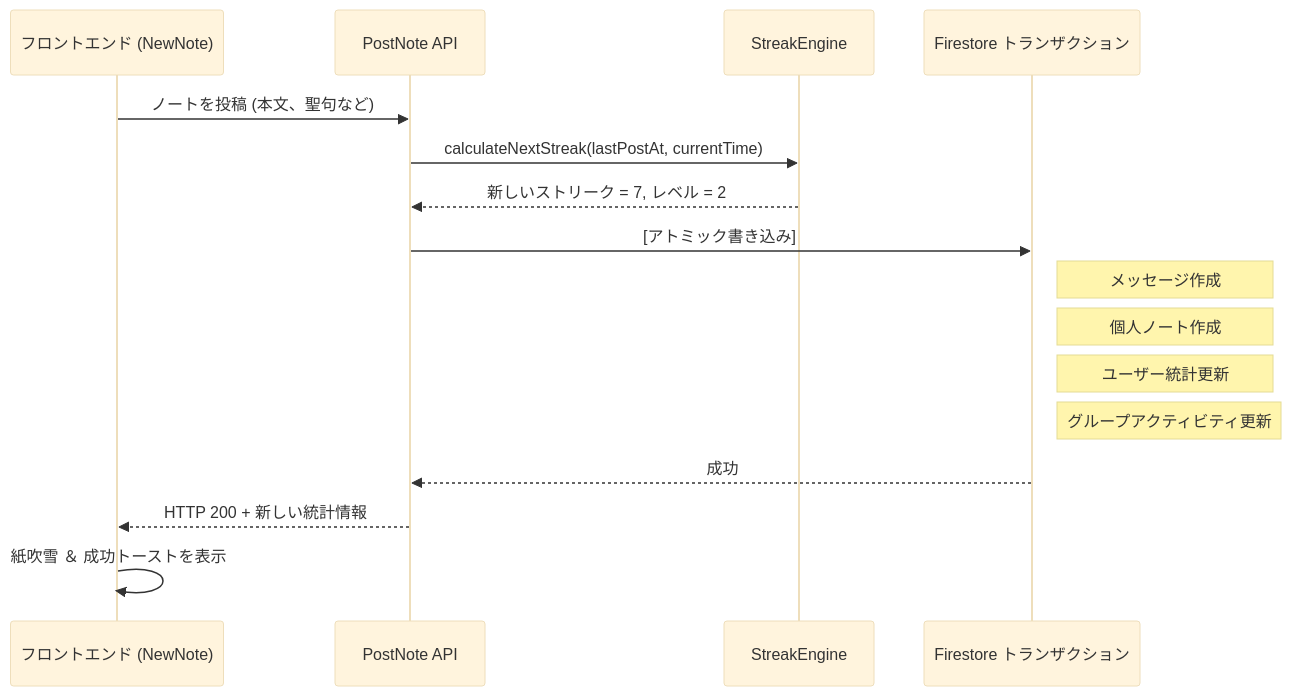
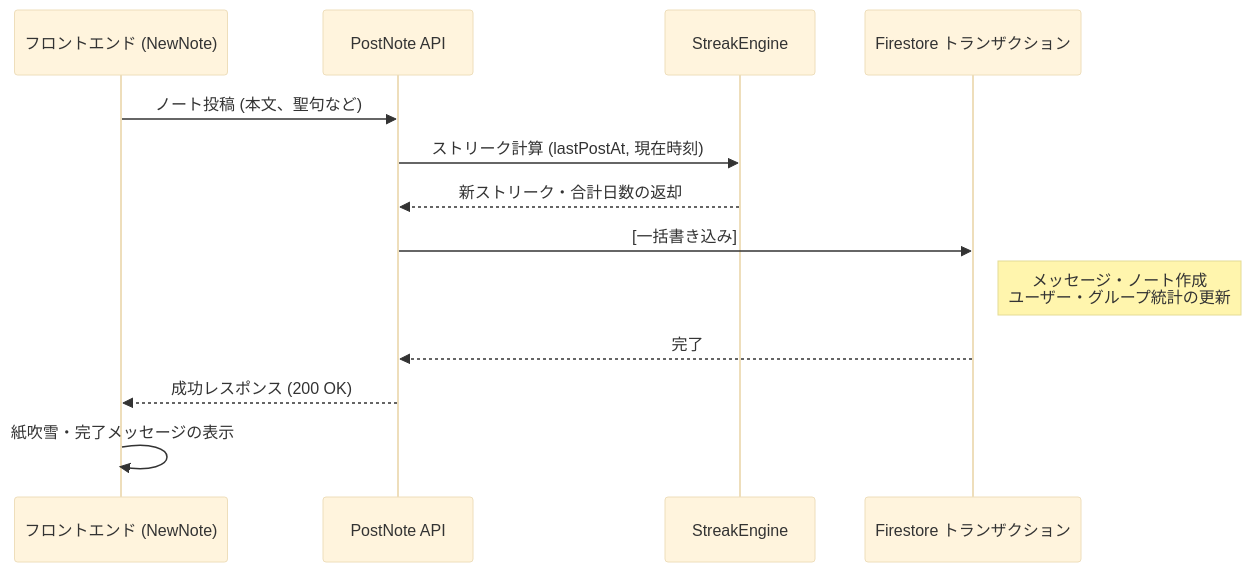
One commit to ScriptureHabit/scripture-habit changed the diagram in docs/ja/logic-note-posting.md. Above: the diagram before and after it, drawn with Mermaid (base theme). The commit also changed other lines of this file and 19 other files, not shown here.

````diff
--- a/docs/ja/logic-note-posting.md
+++ b/docs/ja/logic-note-posting.md
@@ -118,19 +104,16 @@
 ```mermaid
 sequenceDiagram
     participant FE as フロントエンド (NewNote)
     participant API as PostNote API
     participant SE as StreakEngine
     participant DB as Firestore トランザクション
     
-    FE->>API: ノートを投稿 (本文、聖句など)
-    API->>SE: calculateNextStreak(lastPostAt, currentTime)
-    SE-->>API: 新しいストリーク = 7, レベル = 2
-    API->>DB: [アトミック書き込み]
-    Note right of DB: メッセージ作成
-    Note right of DB: 個人ノート作成
-    Note right of DB: ユーザー統計更新
-    Note right of DB: グループアクティビティ更新
-    DB-->>API: 成功
-    API-->>FE: HTTP 200 + 新しい統計情報
-    FE->>FE: 紙吹雪 ＆ 成功トーストを表示
+    FE->>API: ノート投稿 (本文、聖句など)
+    API->>SE: ストリーク計算 (lastPostAt, 現在時刻)
+    SE-->>API: 新ストリーク・合計日数の返却
+    API->>DB: [一括書き込み]
+    Note right of DB: メッセージ・ノート作成<br/>ユーザー・グループ統計の更新
+    DB-->>API: 完了
+    API-->>FE: 成功レスポンス (200 OK)
+    FE->>FE: 紙吹雪・完了メッセージの表示
 ```
````
